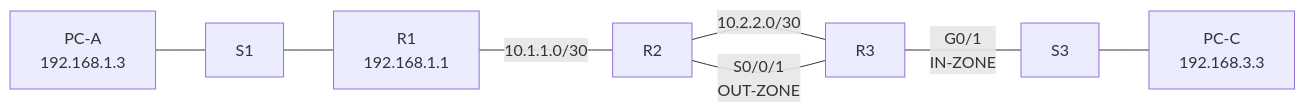
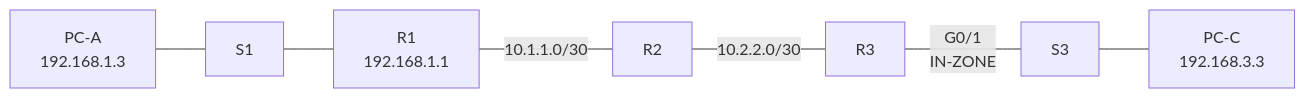
One commit to DATAdotPDF/SENAC-CISCO changed the diagram in packet-tracer/NetAcad/PedroFerreira_2026-10-23_Configurar-ZPF-README.md. Above: the diagram before and after it, drawn with Mermaid. The commit also changed other lines of this file and 3 other files, not shown here.

````diff
--- a/packet-tracer/NetAcad/PedroFerreira_2026-10-23_Configurar-ZPF-README.md
+++ b/packet-tracer/NetAcad/PedroFerreira_2026-10-23_Configurar-ZPF-README.md
@@ -26,8 +26,7 @@
 ```mermaid
 flowchart LR
   PCA[PC-A\n192.168.1.3] --- S1[ S1 ] --- R1[R1\n192.168.1.1]
   R1 ---|10.1.1.0/30| R2[R2]
   R2 ---|10.2.2.0/30| R3[R3]
   R3 ---|G0/1\nIN-ZONE| S3[S3] --- PCC[PC-C\n192.168.3.3]
-  R3 ---|S0/0/1\nOUT-ZONE| R2
 ```
````
